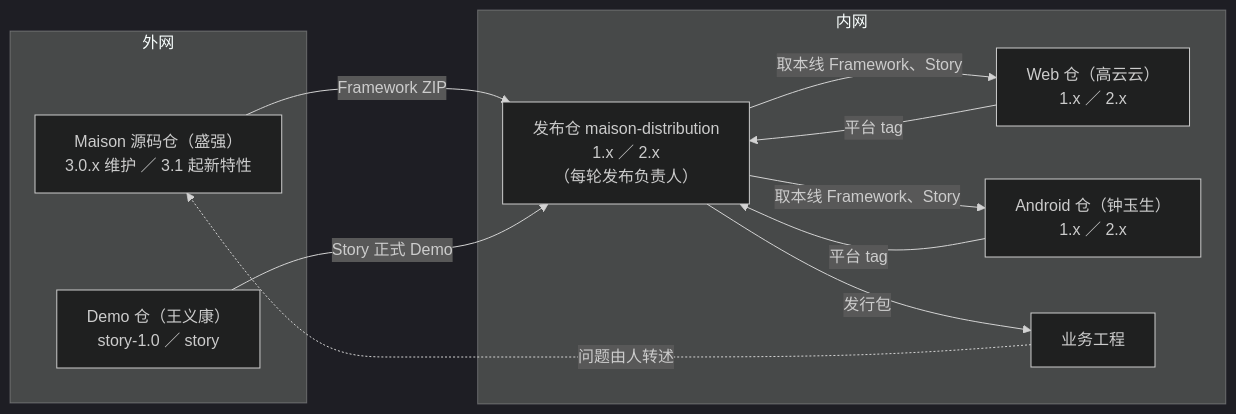
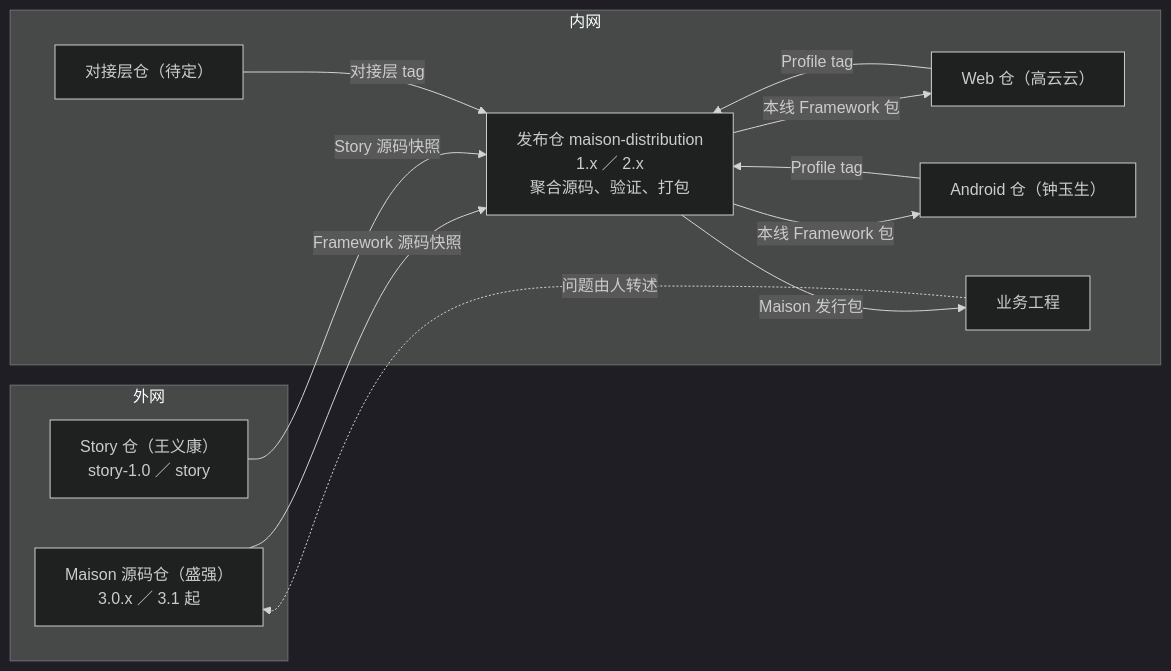
One commit to sqsqsq/SimulatedWalletForHmos changed the first of 3 diagrams in doc/project/2026-10-20-Maison共建讨论/08-Maison共建方案：谁做什么、东西怎么流转、怎么发版.md. Above: the diagram before and after it, drawn with Mermaid (dark theme). The commit also changed other lines of this file and 2 other files, not shown here.

````diff
--- a/doc/project/2026-10-20-Maison共建讨论/08-Maison共建方案：谁做什么、东西怎么流转、怎么发版.md
+++ b/doc/project/2026-10-20-Maison共建讨论/08-Maison共建方案：谁做什么、东西怎么流转、怎么发版.md
@@ -11,21 +11,23 @@
 ```mermaid
 flowchart LR
     subgraph 外网
-        FW["Maison 源码仓（盛强）<br/>3.0.x 维护 ／ 3.1 起新特性"]
-        ST["Demo 仓（王义康）<br/>story-1.0 ／ story"]
+        FW["Maison 源码仓（盛强）<br/>3.0.x ／ 3.1 起"]
+        ST["Story 仓（王义康）<br/>story-1.0 ／ story"]
     end
     subgraph 内网
-        DIST["发布仓 maison-distribution<br/>1.x ／ 2.x<br/>（每轮发布负责人）"]
-        WEB["Web 仓（高云云）<br/>1.x ／ 2.x"]
-        AND["Android 仓（钟玉生）<br/>1.x ／ 2.x"]
+        DIST["发布仓 maison-distribution<br/>1.x ／ 2.x<br/>聚合源码、验证、打包"]
+        WEB["Web 仓（高云云）"]
+        AND["Android 仓（钟玉生）"]
+        ADP["对接层仓（待定）"]
         BIZ["业务工程"]
     end
-    FW -- Framework ZIP --> DIST
-    ST -- Story 正式 Demo --> DIST
-    DIST -- 取本线 Framework、Story --> WEB
-    DIST -- 取本线 Framework、Story --> AND
-    WEB -- 平台 tag --> DIST
-    AND -- 平台 tag --> DIST
-    DIST -- 发行包 --> BIZ
+    FW -- Framework 源码快照 --> DIST
+    ST -- Story 源码快照 --> DIST
+    DIST -- 本线 Framework 包 --> WEB
+    DIST -- 本线 Framework 包 --> AND
+    WEB -- Profile tag --> DIST
+    AND -- Profile tag --> DIST
+    ADP -- 对接层 tag --> DIST
+    DIST -- Maison 发行包 --> BIZ
     BIZ -. 问题由人转述 .-> FW
 ```
````
